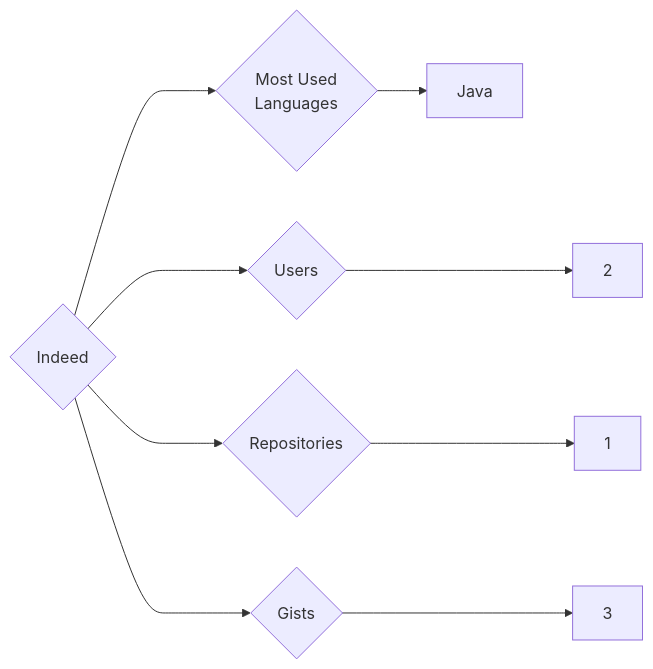
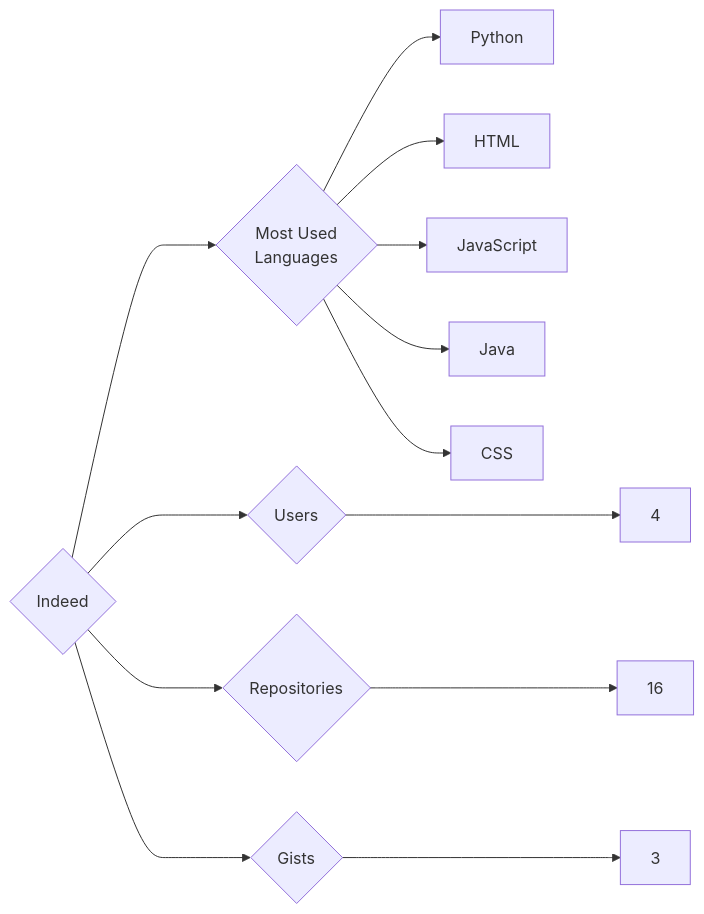
The diagram in targets/Indeed/README.md (trickest/insiders), drawn with Mermaid before and after one commit. The commit also changed 815 other files, not shown here.

````diff
--- a/targets/Indeed/README.md
+++ b/targets/Indeed/README.md
@@ -3,9 +3,13 @@
 ```mermaid
 graph LR
 COMPANY_NAME{Indeed}
-COMPANY_NAME ---> U{Users} ---> UN[2]
-COMPANY_NAME ---> R{Repositories} ---> RN[1]
+COMPANY_NAME ---> U{Users} ---> UN[4]
+COMPANY_NAME ---> R{Repositories} ---> RN[16]
 COMPANY_NAME ---> G{Gists} ---> GN[3]
 COMPANY_NAME ---> ML{Most Used<br>Languages}
+ML --> Python[Python]
+ML --> HTML[HTML]
+ML --> JavaScript[JavaScript]
 ML --> Java[Java]
+ML --> CSS[CSS]
 ```
````
